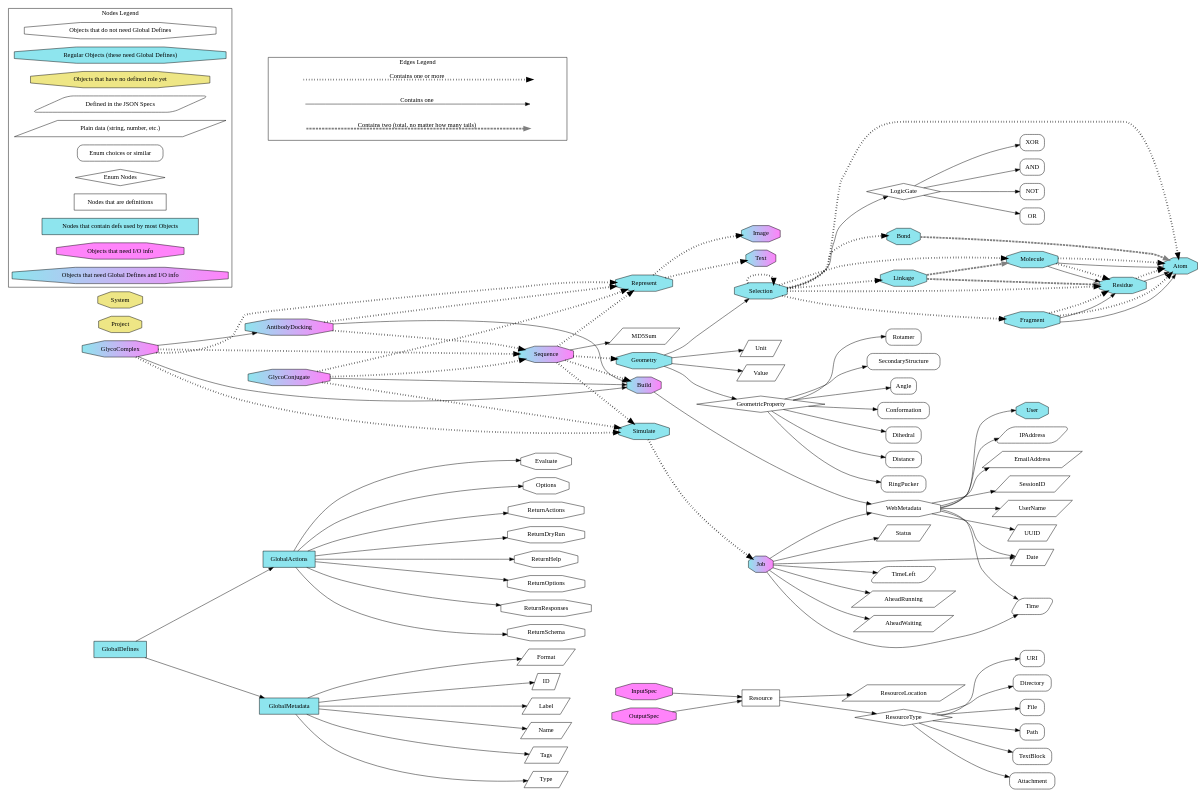
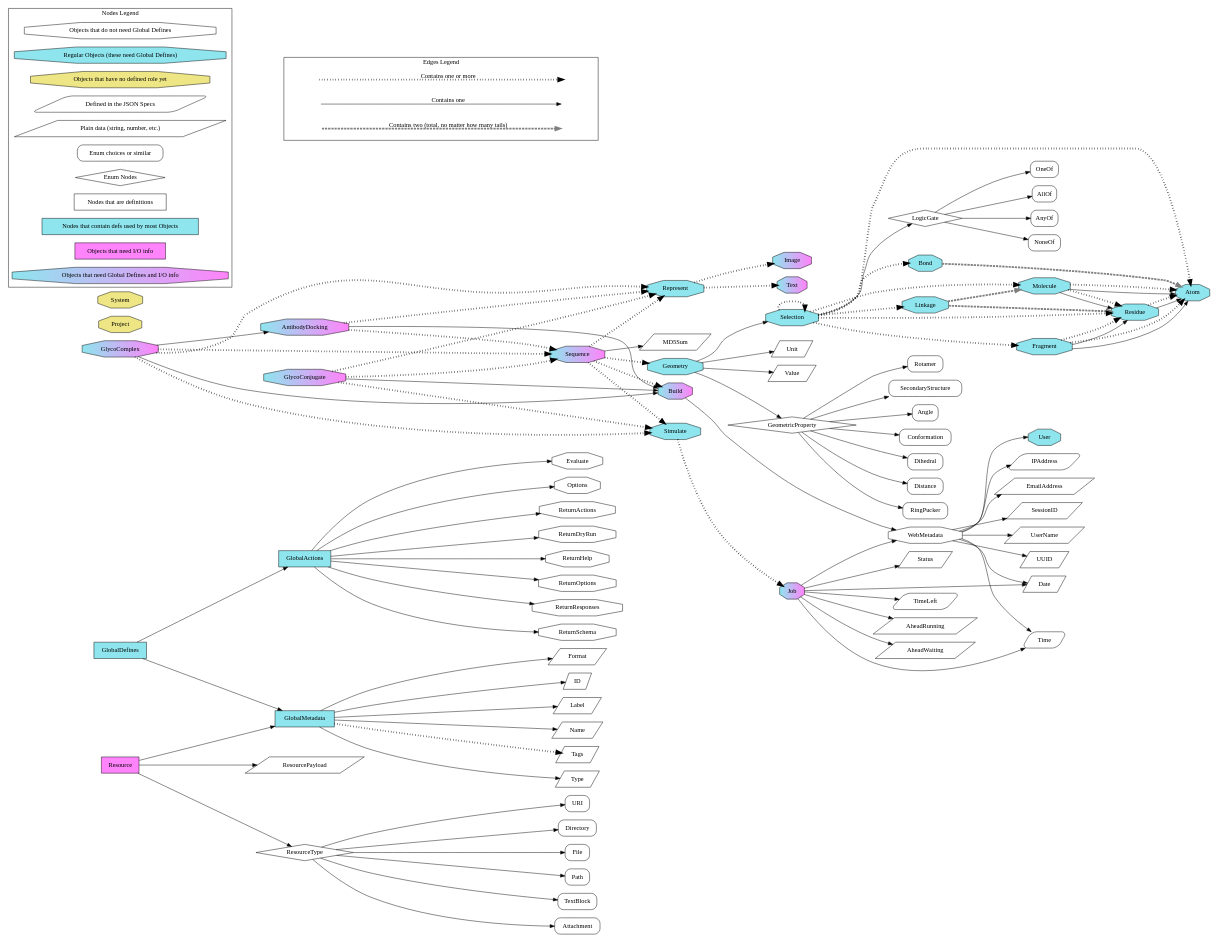
The diagram in gemsModules/Docs/Relationship_Graph.dot (GLYCAM-Web/gems), drawn with Graphviz before and after one commit. The commit also changed 7 other files, not shown here.

```diff
--- a/gemsModules/Docs/Relationship_Graph.dot
+++ b/gemsModules/Docs/Relationship_Graph.dot
@@ -47,7 +47,7 @@
   MD5Sum [ shape=parallelogram ];
   Name [ shape=parallelogram ];
   Path [ shape=parallelogram ];
-  ResourceLocation [ shape=parallelogram ];
+  ResourcePayload [ shape=parallelogram ];
   SessionID [ shape=parallelogram ];
   Status [ shape=parallelogram ];
   Tags [ shape=parallelogram ];
@@ -58,7 +58,8 @@
   UUID [ shape=parallelogram ];
   Value [ shape=parallelogram ];
   // Enum choices or similar 
-  AND [ shape=rect style="rounded" ];
+  AllOf [ shape=rect style="rounded" ];
+  AnyOf [ shape=rect style="rounded" ];
   Angle [ shape=rect style="rounded" ];
   Attachment [ shape=rect style="rounded" ];
   Conformation [ shape=rect style="rounded" ];
@@ -66,15 +67,14 @@
   Directory [ shape=rect style="rounded" ];
   Distance [ shape=rect style="rounded" ];
   File [ shape=rect style="rounded" ];
-  NOT [ shape=rect style="rounded" ];
-  OR [ shape=rect style="rounded" ];
+  NoneOf [ shape=rect style="rounded" ];
+  OneOf [ shape=rect style="rounded" ];
   Path [ shape=rect style="rounded" ];
   RingPucker [ shape=rect style="rounded" ];
   Rotamer [ shape=rect style="rounded" ];
   SecondaryStructure [ shape=rect style="rounded" ];
   TextBlock [ shape=rect style="rounded" ];
   URI [ shape=rect style="rounded" ];
-  XOR [ shape=rect style="rounded" ];
   // Enum Nodes 
   LogicGate [ shape=diamond ];
   GeometricProperty [ shape=diamond ];
@@ -86,8 +86,7 @@
   GlobalActions [ shape=rect style=filled fillcolor="cadetblue2" ];
   GlobalMetadata [ shape=rect style=filled fillcolor="cadetblue2" ];
   // Objects that need I/O info 
-  InputSpec [ shape=octagon style=filled fillcolor="orchid1" ];
-  OutputSpec [ shape=octagon style=filled fillcolor="orchid1" ];
+  Resource [ shape=rect style=filled fillcolor="orchid1" ];
   // Objects that need Global Defines and I/O info 
   AntibodyDocking [ shape=octagon style=filled fillcolor="cadetblue2:orchid1" ];
   Build [ shape=octagon style=filled fillcolor="cadetblue2:orchid1" ];
@@ -114,8 +113,6 @@
   Job->Time [ penwidth=1 ];
   Job->TimeLeft [ penwidth=1 ];
   Job->WebMetadata [ penwidth=1 ];
-  OutputSpec->Resource [ penwidth=1 ];
-  InputSpec->Resource [ penwidth=1 ];
   Residue->Atom [ penwidth=1 ];
   GeometricProperty->Angle [ penwidth=1 ];
   GeometricProperty->Conformation [ penwidth=1 ];
@@ -134,10 +131,10 @@
   WebMetadata->UserName [ penwidth=1 ];
   WebMetadata->UUID [ penwidth=1 ];
   Sequence->MD5Sum [ penwidth=1 ];
-  LogicGate->AND [ penwidth=1 ];
-  LogicGate->OR [ penwidth=1 ];
-  LogicGate->XOR [ penwidth=1 ];
-  LogicGate->NOT [ penwidth=1 ];
+  LogicGate->AllOf [ penwidth=1 ];
+  LogicGate->OneOf [ penwidth=1 ];
+  LogicGate->AnyOf [ penwidth=1 ];
+  LogicGate->NoneOf [ penwidth=1 ];
   GlycoComplex->AntibodyDocking [ penwidth=1 ];
   GlycoComplex->Build [ penwidth=1 ];
   Build->WebMetadata [ penwidth=1 ];
@@ -156,14 +153,14 @@
   Geometry->Unit [ penwidth=1 ];
   Geometry->Value [ penwidth=1 ];
   Selection->LogicGate [ penwidth=1 ];
-  Resource->ResourceLocation [ penwidth=1 ];
+  Resource->ResourcePayload [ penwidth=1 ];
   Resource->ResourceType [ penwidth=1 ];
+  Resource->GlobalMetadata [ penwidth=1 ];
   GlycoConjugate->Build [ penwidth=1 ];
   GlobalMetadata->Format [ penwidth=1 ];
   GlobalMetadata->ID [ penwidth=1 ];
   GlobalMetadata->Label [ penwidth=1 ];
   GlobalMetadata->Name [ penwidth=1 ];
-  GlobalMetadata->Tags [ penwidth=1 ];
   GlobalMetadata->Type [ penwidth=1 ];
   Linkage->Molecule [ penwidth=4 color="gray" style="dashed" ];
   Linkage->Residue [ penwidth=4 color="gray" style="dashed" ];
@@ -195,10 +192,8 @@
   GlycoConjugate->Represent [ penwidth=4 style="dotted" ];
   GlycoConjugate->Sequence [ penwidth=4 style="dotted" ];
   GlycoConjugate->Simulate [ penwidth=4 style="dotted" ];
+  GlobalMetadata->Tags [ penwidth=4 style="dotted" ];
 
-
-  Label->InputSpec [ style=invis ];
-  Label->OutputSpec [ style=invis ];
 
   subgraph cluster_0 {
     label="Nodes Legend"; 
@@ -211,7 +206,7 @@
   EnumNodes [ shape=diamond label="Enum Nodes" ];
   DefinitionNodes [ shape=rect label="Nodes that are definitions" ];
   GlobalDefinitionNodes [ shape=rect style=filled fillcolor="cadetblue2" label="Nodes that contain defs used by most Objects" ];
-  InputOutputObjectNodes [ shape=octagon style=filled fillcolor="orchid1" label="Objects that need I/O info" ];
+  InputOutputObjectNodes [ shape=rect style=filled fillcolor="orchid1" label="Objects that need I/O info" ];
   IOAndGlobalObjectNodes [ shape=octagon style=filled fillcolor="cadetblue2:orchid1" label="Objects that need Global Defines and I/O info" ];
   } 
 
```
